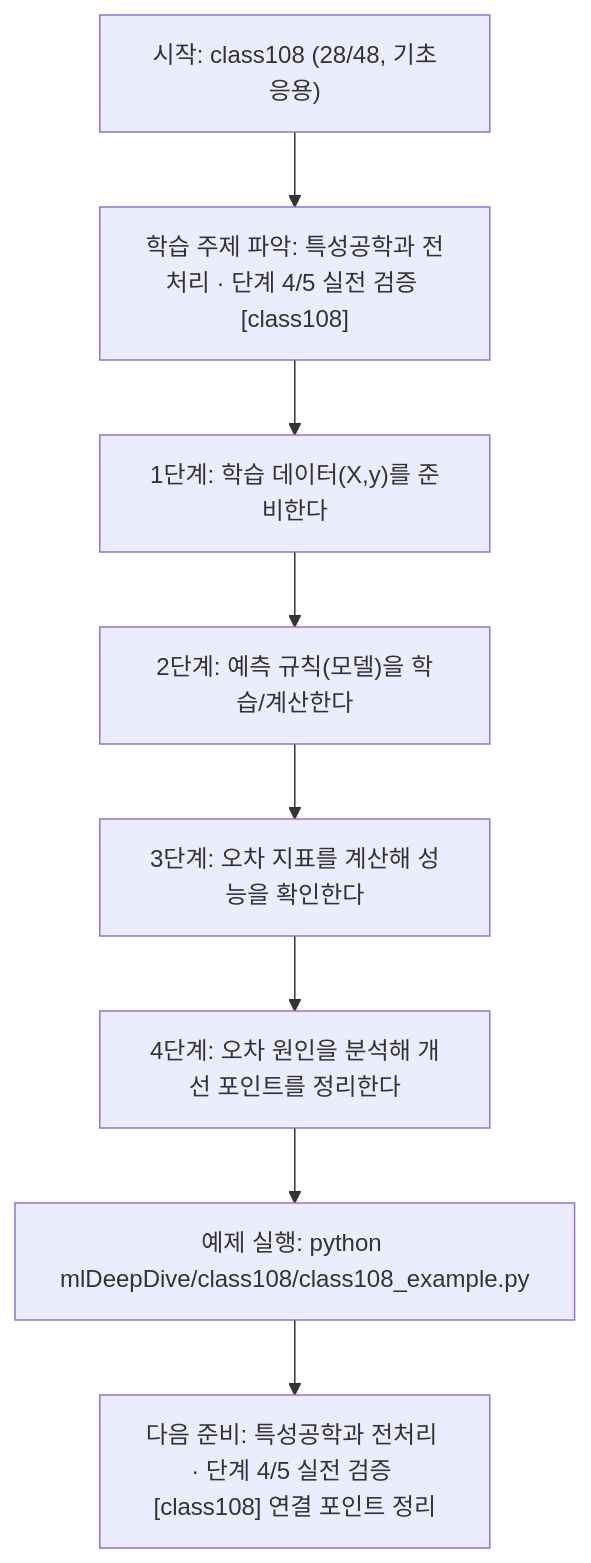
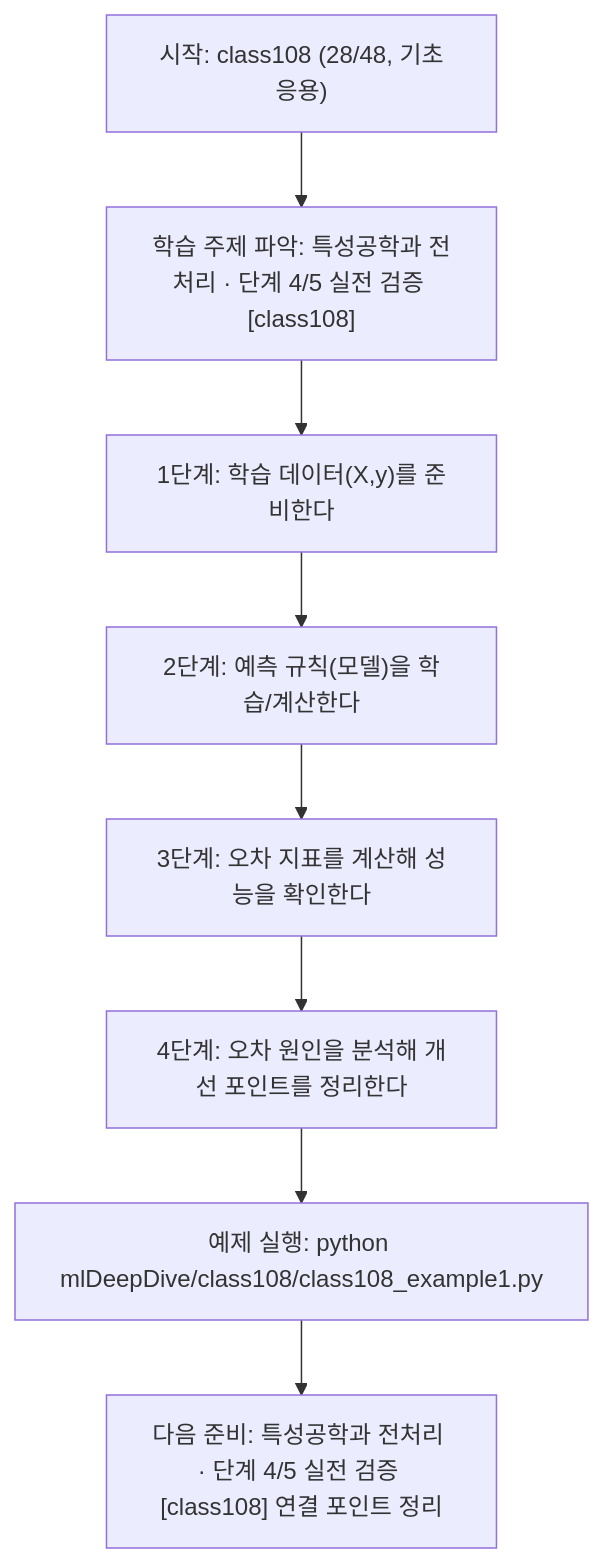
Before and after one commit to edumgt/Python-AI_Agent-Class: the diagram in mlDeepDive/class108/class108.md, drawn with Mermaid. The commit also changed other lines of this file and 2959 other files, not shown here.

````diff
--- a/mlDeepDive/class108/class108.md
+++ b/mlDeepDive/class108/class108.md
@@ -109,18 +109,18 @@
 ```mermaid
 flowchart TD
 N1["시작: class108 (28/48, 기초응용)"]
 N2["학습 주제 파악: 특성공학과 전처리 · 단계 4/5 실전 검증 [class108]"]
 N3["1단계: 학습 데이터(X,y)를 준비한다"]
 N4["2단계: 예측 규칙(모델)을 학습/계산한다"]
 N5["3단계: 오차 지표를 계산해 성능을 확인한다"]
 N6["4단계: 오차 원인을 분석해 개선 포인트를 정리한다"]
-N7["예제 실행: python mlDeepDive/class108/class108_example.py"]
+N7["예제 실행: python mlDeepDive/class108/class108_example1.py"]
 N8["다음 준비: 특성공학과 전처리 · 단계 4/5 실전 검증 [class108] 연결 포인트 정리"]
 N1 --> N2
 N2 --> N3
 N3 --> N4
 N4 --> N5
 N5 --> N6
 N6 --> N7
 N7 --> N8
 ```
````
